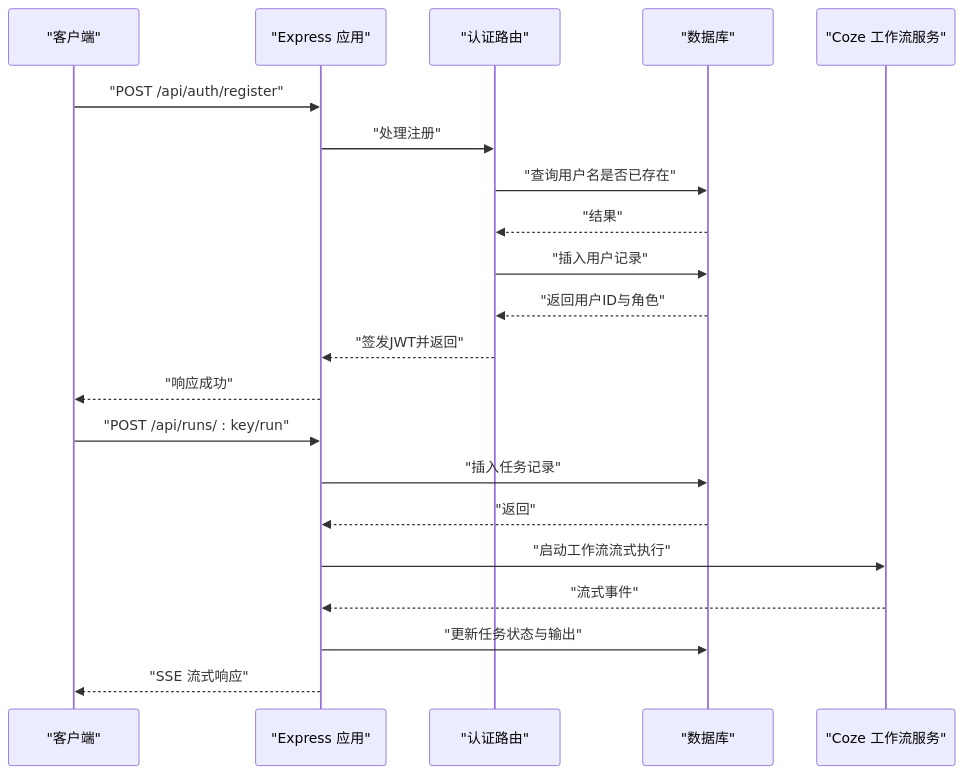
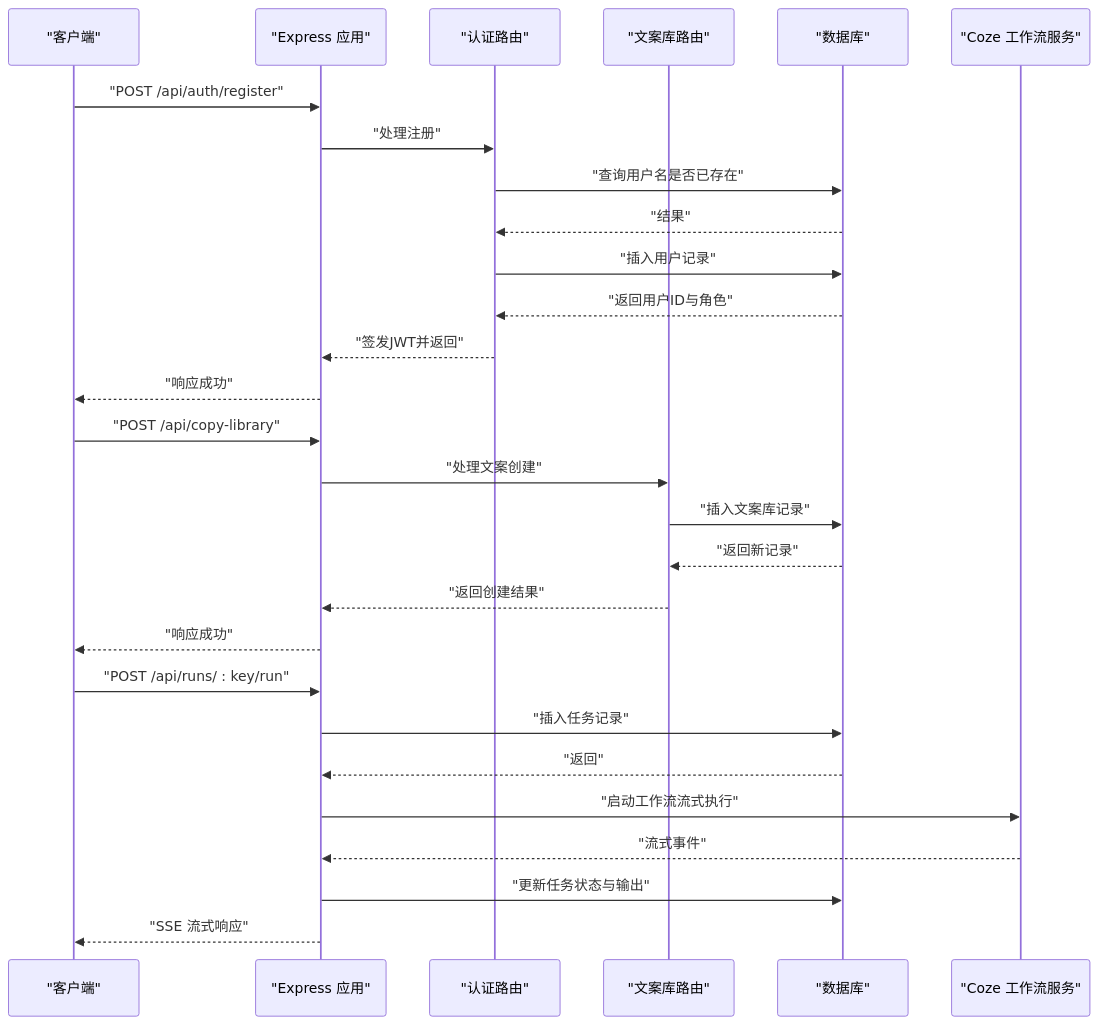
One commit to hanksd769-droid/sailshub changed the third of 4 diagrams in .qoder/repowiki/zh/content/数据库设计.md. Above: the diagram before and after it, drawn with Mermaid. The commit also changed other lines of this file and 6 other files, not shown here.

````diff
--- a/.qoder/repowiki/zh/content/数据库设计.md
+++ b/.qoder/repowiki/zh/content/数据库设计.md
@@ -226,23 +292,30 @@
 ```mermaid
 sequenceDiagram
 participant Client as "客户端"
 participant API as "Express 应用"
 participant Auth as "认证路由"
+participant CopyLib as "文案库路由"
 participant DB as "数据库"
 participant Coze as "Coze 工作流服务"
 Client->>API : "POST /api/auth/register"
 API->>Auth : "处理注册"
 Auth->>DB : "查询用户名是否已存在"
 DB-->>Auth : "结果"
 Auth->>DB : "插入用户记录"
 DB-->>Auth : "返回用户ID与角色"
 Auth-->>API : "签发JWT并返回"
 API-->>Client : "响应成功"
+Client->>API : "POST /api/copy-library"
+API->>CopyLib : "处理文案创建"
+CopyLib->>DB : "插入文案库记录"
+DB-->>CopyLib : "返回新记录"
+CopyLib-->>API : "返回创建结果"
+API-->>Client : "响应成功"
 Client->>API : "POST /api/runs/ : key/run"
 API->>DB : "插入任务记录"
 DB-->>API : "返回"
 API->>Coze : "启动工作流流式执行"
 Coze-->>API : "流式事件"
 API->>DB : "更新任务状态与输出"
 API-->>Client : "SSE 流式响应"
 ```
````
